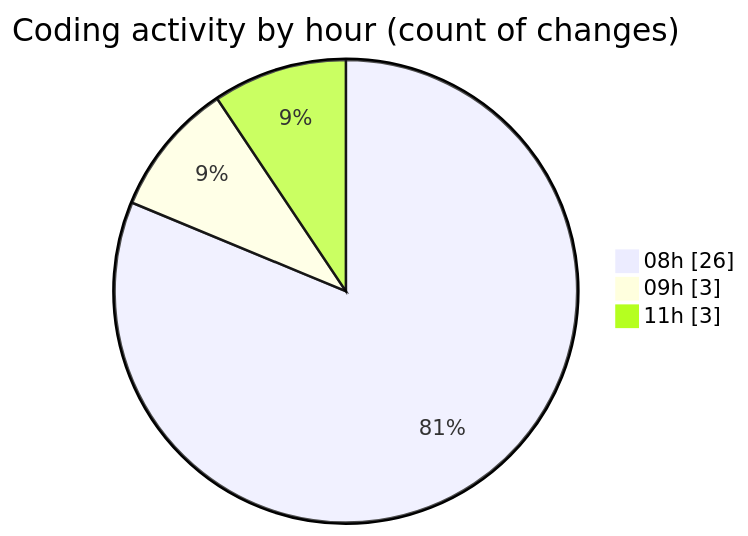
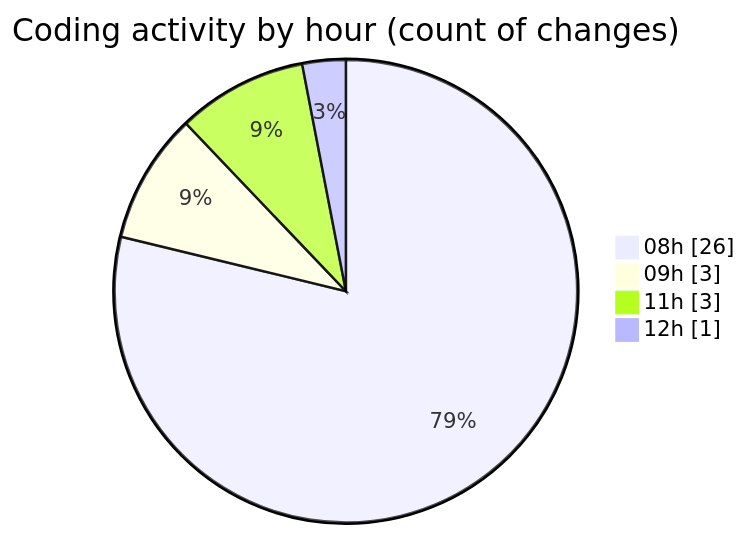
Before and after one commit to Elitesun/code-tracking: the second of 2 diagrams in 2025-02-24/elitesgpt/README.md, drawn with Mermaid. The commit also changed other lines of this file and 1 other file, not shown here.

````diff
--- a/2025-02-24/elitesgpt/README.md
+++ b/2025-02-24/elitesgpt/README.md
@@ -30,7 +30,8 @@
 ```mermaid
 pie showData
 title Coding activity by hour (count of changes)
 "08h" : 26
 "09h" : 3
 "11h" : 3
+"12h" : 1
 ```
````
